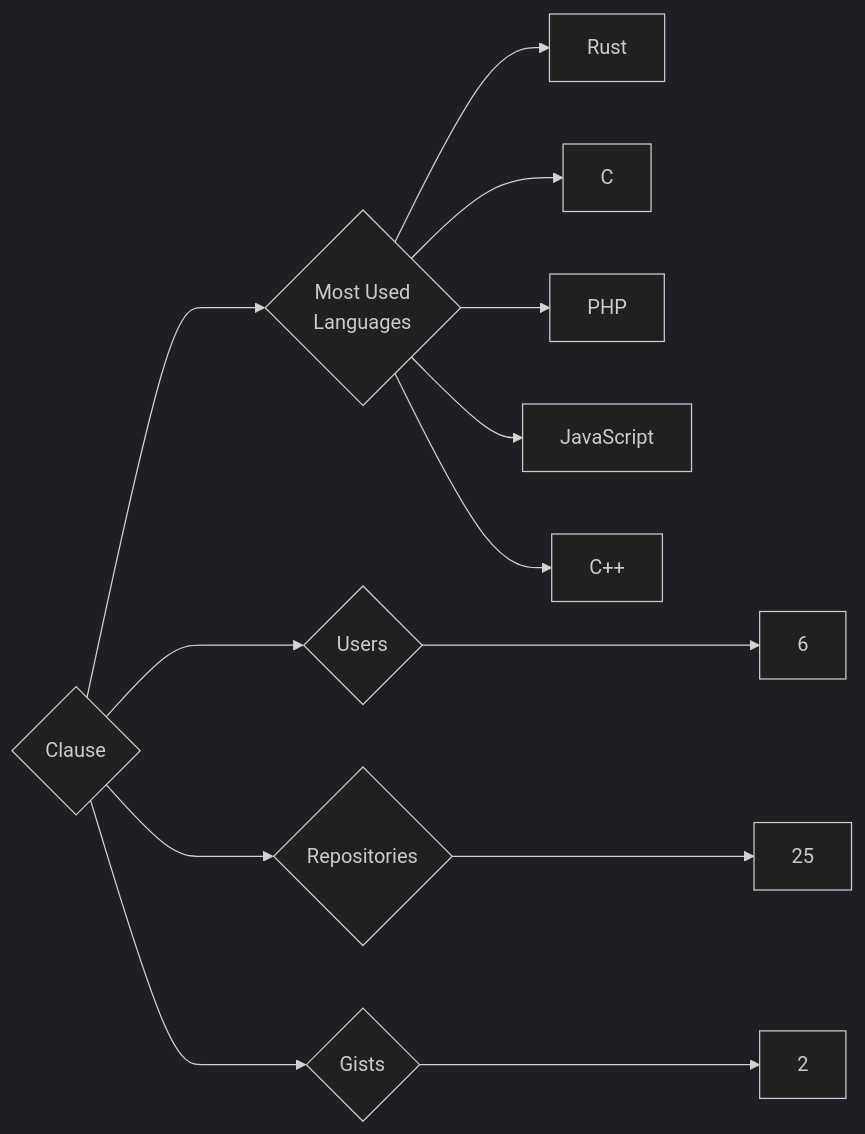
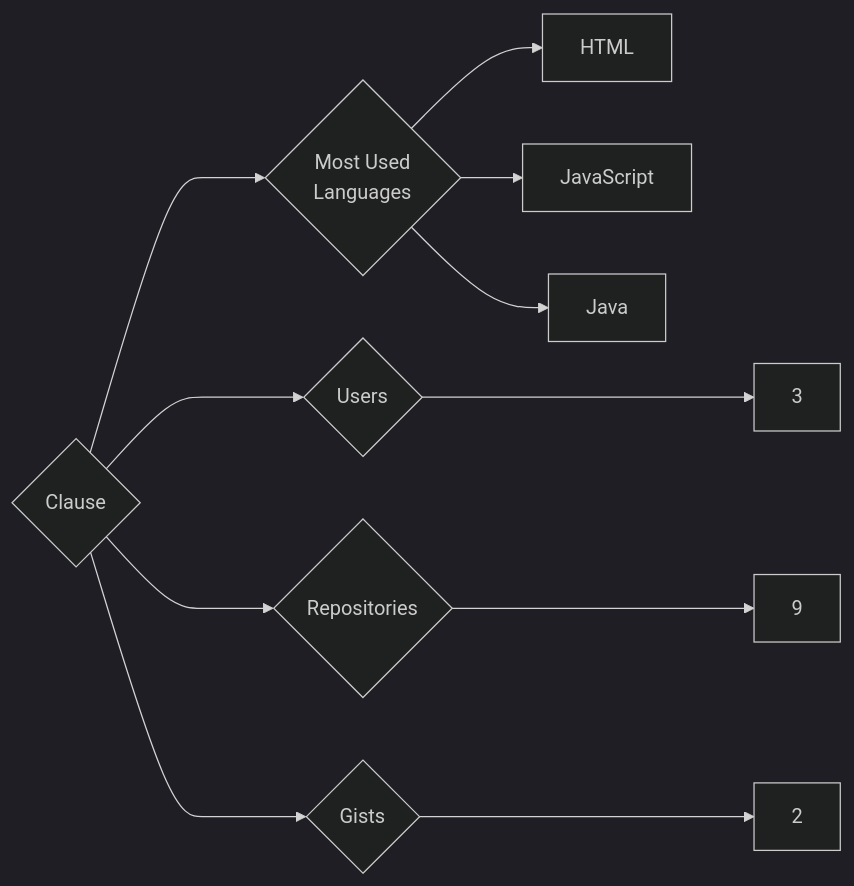
Before and after one commit to trickest/insiders: the diagram in targets/Clause/README.md, drawn with Mermaid (dark theme). The commit also changed 1084 other files, not shown here.

````diff
--- a/targets/Clause/README.md
+++ b/targets/Clause/README.md
@@ -3,13 +3,11 @@
 ```mermaid
 graph LR
 COMPANY_NAME{Clause}
-COMPANY_NAME ---> U{Users} ---> UN[6]
-COMPANY_NAME ---> R{Repositories} ---> RN[25]
+COMPANY_NAME ---> U{Users} ---> UN[3]
+COMPANY_NAME ---> R{Repositories} ---> RN[9]
 COMPANY_NAME ---> G{Gists} ---> GN[2]
 COMPANY_NAME ---> ML{Most Used<br>Languages}
-ML --> Rust[Rust]
-ML --> C[C]
-ML --> PHP[PHP]
+ML --> HTML[HTML]
 ML --> JavaScript[JavaScript]
-ML --> C++[C++]
+ML --> Java[Java]
 ```
````
